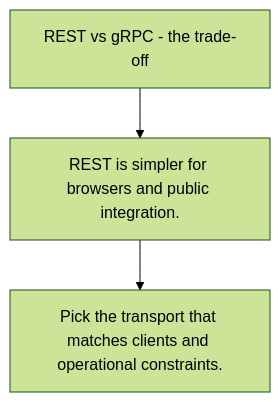
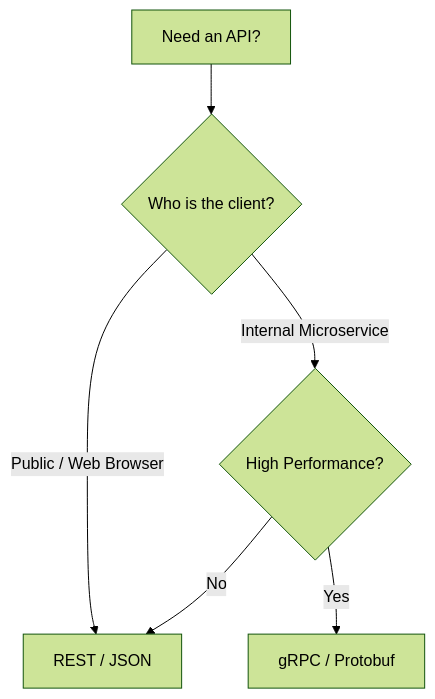
The diagram in 06-backend-db/01-web-and-database/apis/8-rest-vs-grpc/README.md (swe-labs/the-go-engineer), drawn with Mermaid (forest theme) before and after one commit. The commit also changed other lines of this file and 426 other files, not shown here.

````diff
--- a/06-backend-db/01-web-and-database/apis/8-rest-vs-grpc/README.md
+++ b/06-backend-db/01-web-and-database/apis/8-rest-vs-grpc/README.md
@@ -17,5 +20,8 @@
 ```mermaid
 graph TD
-    A["REST vs gRPC - the trade-off"] --> B["REST is simpler for browsers and public integration."]
-    B --> C["Pick the transport that matches clients and operational constraints."]
+    A["Need an API?"] --> B{"Who is the client?"}
+    B -- "Public / Web Browser" --> C["REST / JSON"]
+    B -- "Internal Microservice" --> D{"High Performance?"}
+    D -- "Yes" --> E["gRPC / Protobuf"]
+    D -- "No" --> C
 ```
````
